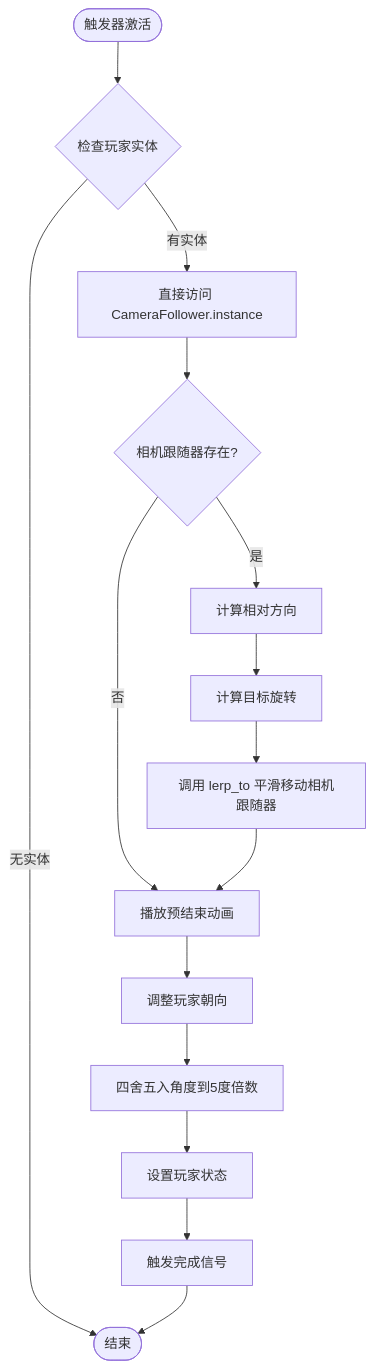
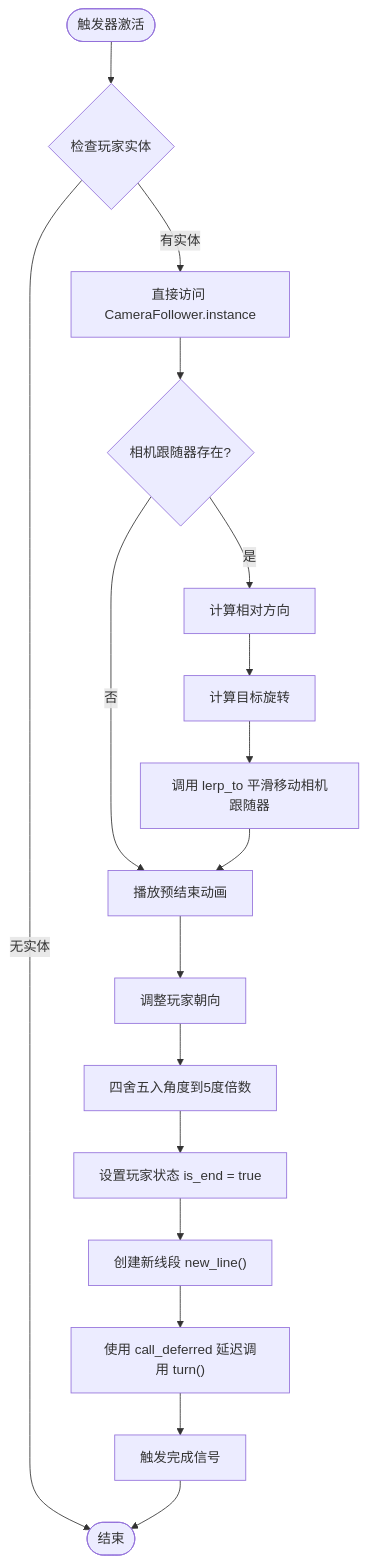
One commit to godotline/godot-line changed the fourth of 6 diagrams in .qoder/repowiki/zh/content/游戏系统/触发器系统/预结束触发器.md. Above: the diagram before and after it, drawn with Mermaid. The commit also changed other lines of this file and 44 other files, not shown here.

````diff
--- a/.qoder/repowiki/zh/content/游戏系统/触发器系统/预结束触发器.md
+++ b/.qoder/repowiki/zh/content/游戏系统/触发器系统/预结束触发器.md
@@ -199,17 +206,19 @@
 ```mermaid
 flowchart TD
 Start([触发器激活]) --> CheckBody{检查玩家实体}
 CheckBody --> |无实体| End([结束])
 CheckBody --> |有实体| GetCamera["直接访问 CameraFollower.instance"]
 GetCamera --> HasCamera{相机跟随器存在?}
 HasCamera --> |否| PlayAnim["播放预结束动画"]
 HasCamera --> |是| CalcDirection["计算相对方向"]
 CalcDirection --> CalcRotation["计算目标旋转"]
 CalcRotation --> LerpCamera["调用 lerp_to 平滑移动相机跟随器"]
 LerpCamera --> PlayAnim
 PlayAnim --> RotatePlayer["调整玩家朝向"]
 RotatePlayer --> RoundAngle["四舍五入角度到5度倍数"]
-RoundAngle --> SetPlayerState["设置玩家状态"]
-SetPlayerState --> EmitSignal["触发完成信号"]
+RoundAngle --> SetPlayerState["设置玩家状态 is_end = true"]
+SetPlayerState --> CreateLine["创建新线段 new_line()"]
+CreateLine --> DelayCall["使用 call_deferred 延迟调用 turn()"]
+DelayCall --> EmitSignal["触发完成信号"]
 EmitSignal --> End
 ```
````
